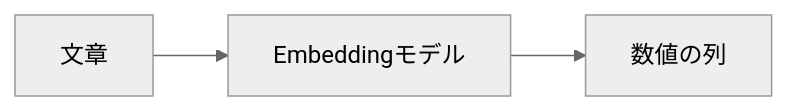
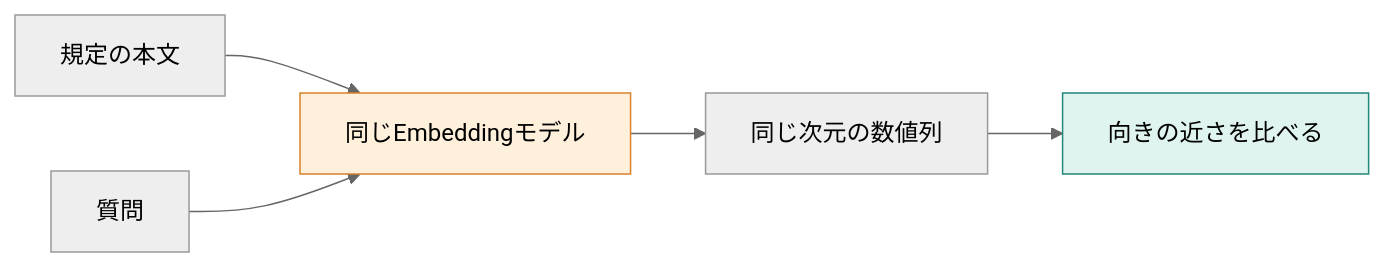
Before and after one commit to kouji0705/rag-study: the diagram in books/cd019af39edb03/04-embedding.md, drawn with Mermaid (neutral theme). The commit also changed other lines of this file and 1 other file, not shown here.

````diff
--- a/books/cd019af39edb03/04-embedding.md
+++ b/books/cd019af39edb03/04-embedding.md
@@ -13,4 +7,8 @@
 ```mermaid
 flowchart LR
-    T["文章"] --> M["Embeddingモデル"] --> V["数値の列"]
+    D["規定の本文"] --> E["同じEmbeddingモデル"]
+    Q["質問"] --> E
+    E --> V["同じ次元の数値列"] --> C["向きの近さを比べる"]
+    style E fill:#fff0db,stroke:#d9822b
+    style C fill:#dff4ef,stroke:#228678
 ```
````
